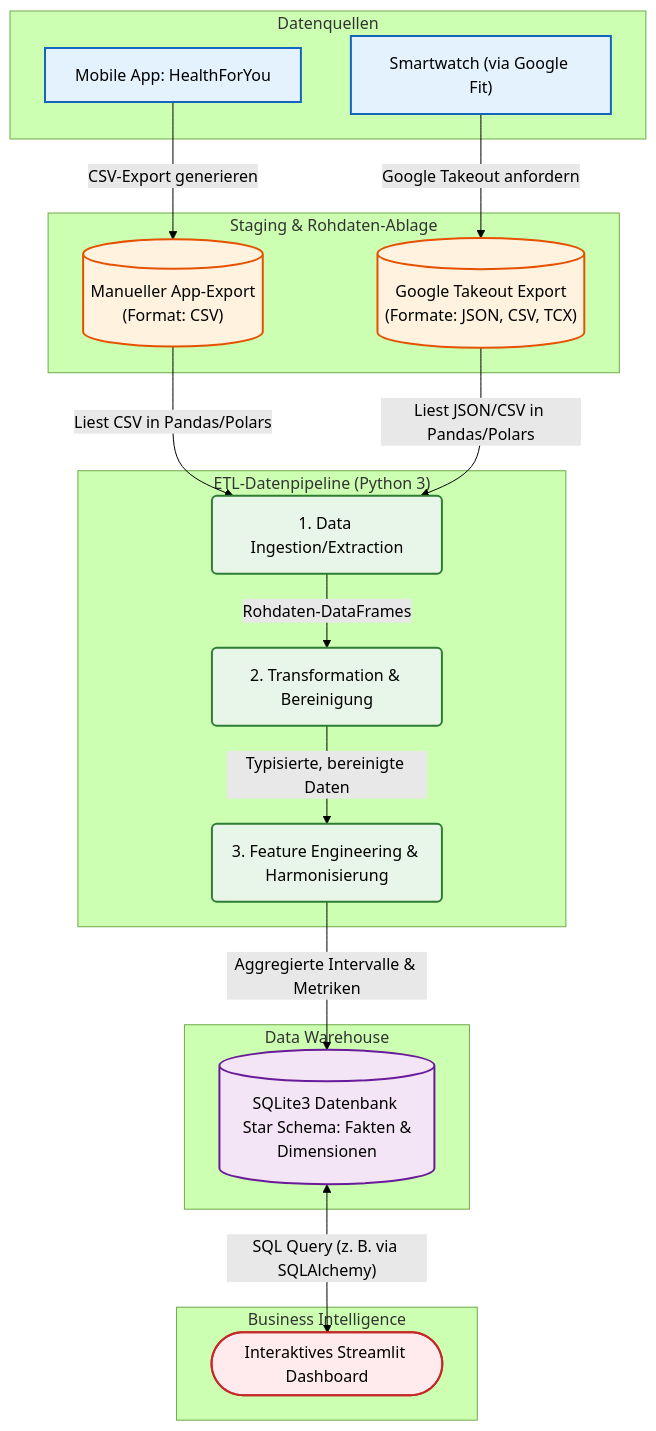
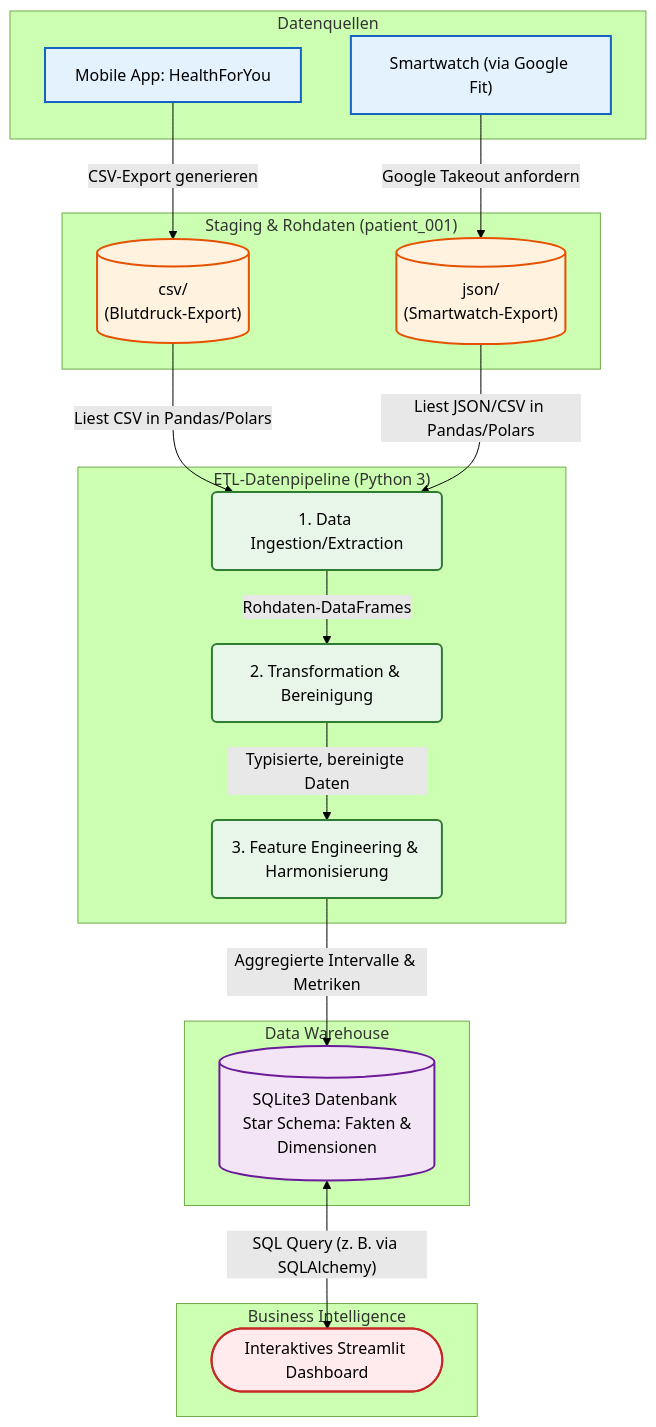
The diagram in Architektur/Architektur_Uebersicht.md (NilsBauch/blutdruck_data_engineer_training), drawn with Mermaid (forest theme) before and after one commit. The commit also changed other lines of this file and 4 other files, not shown here.

````diff
--- a/Architektur/Architektur_Uebersicht.md
+++ b/Architektur/Architektur_Uebersicht.md
@@ -26,57 +26,57 @@
 ```mermaid
 flowchart TD
     %% Quellen
     subgraph Quellen ["Datenquellen"]
         A["Mobile App: HealthForYou"]
         B["Smartwatch (via Google Fit)"]
     end
 
-    %% Export/Rohdaten Layer
-    subgraph Export ["Staging & Rohdaten-Ablage"]
-        C[("Manueller App-Export \n (Format: CSV)")]
-        D[("Google Takeout Export \n (Formate: JSON, CSV, TCX)")]
+    %% Export/Rohdaten Layer (Umstrukturiert)
+    subgraph Export ["Staging & Rohdaten (patient_001)"]
+        C[("csv/ \n (Blutdruck-Export)")]
+        D[("json/ \n (Smartwatch-Export)")]
     end
 
     %% Pipeline Layer
     subgraph ETL ["ETL-Datenpipeline (Python 3)"]
         E("1. Data Ingestion/Extraction")
         F("2. Transformation & Bereinigung")
         G("3. Feature Engineering & Harmonisierung")
     end
 
     %% Storage Layer
     subgraph Storage ["Data Warehouse"]
         H[("SQLite3 Datenbank \n Star Schema: Fakten & Dimensionen")]
     end
 
     %% Presentation Layer
     subgraph Analyse ["Business Intelligence"]
         I(["Interaktives Streamlit Dashboard"])
     end
 
     %% Datenfluss
     A -->|"CSV-Export generieren"| C
     B -->|"Google Takeout anfordern"| D
 
     C -->|"Liest CSV in Pandas/Polars"| E
     D -->|"Liest JSON/CSV in Pandas/Polars"| E
 
     E -->|"Rohdaten-DataFrames"| F
     F -->|"Typisierte, bereinigte Daten"| G
     G -->|"Aggregierte Intervalle & Metriken"| H
 
     H <-->|"SQL Query (z. B. via SQLAlchemy)"| I
 
     %% Styling
     classDef source fill:#e3f2fd,stroke:#1565c0,stroke-width:2px;
     classDef raw fill:#fff3e0,stroke:#e65100,stroke-width:2px;
     classDef process fill:#e8f5e9,stroke:#2e7d32,stroke-width:2px;
     classDef dwh fill:#f3e5f5,stroke:#6a1b9a,stroke-width:2px;
     classDef dash fill:#ffebee,stroke:#c62828,stroke-width:2px;
 
     class A,B source;
     class C,D raw;
     class E,F,G process;
     class H dwh;
     class I dash;
 ```
````
